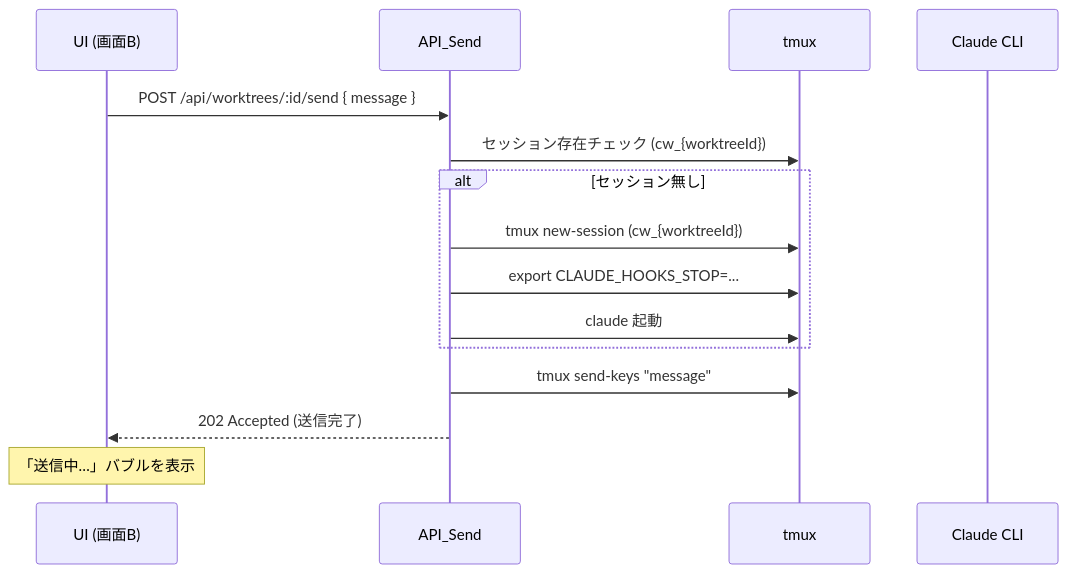
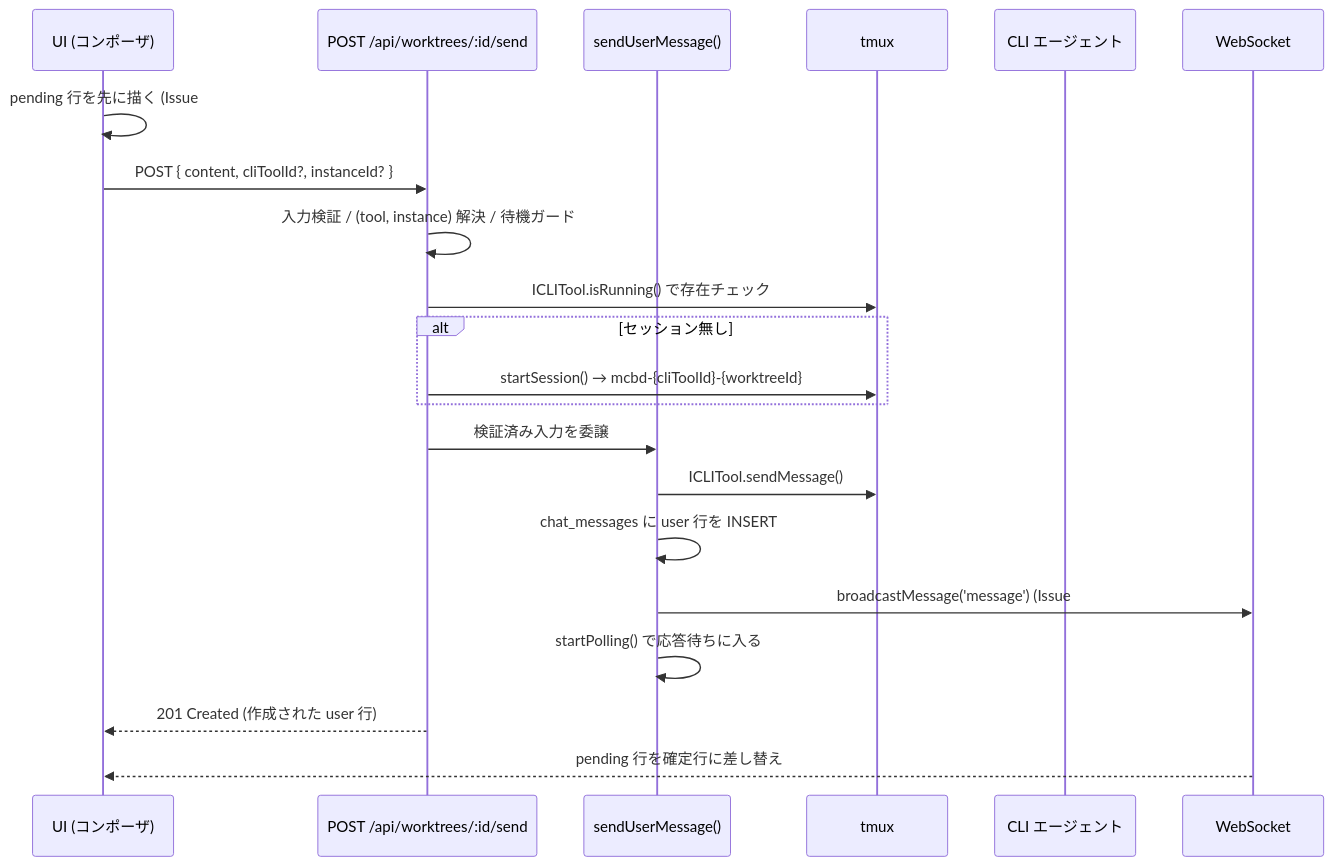
The second of 5 diagrams in docs/architecture.md (Kewton/CommandMate), drawn with Mermaid before and after one commit. The commit also changed other lines of this file and 241 other files, not shown here.

````diff
--- a/docs/architecture.md
+++ b/docs/architecture.md
@@ -229,18 +299,24 @@
 ```mermaid
 sequenceDiagram
-    participant UI as UI (画面B)
-    participant API as API_Send
+    participant UI as UI (コンポーザ)
+    participant API as POST /api/worktrees/:id/send
+    participant SVC as sendUserMessage()
     participant T as tmux
-    participant CL as Claude CLI
+    participant CL as CLI エージェント
+    participant WS as WebSocket
 
-    UI->>API: POST /api/worktrees/:id/send { message }
-    API->>T: セッション存在チェック (cw_{worktreeId})
+    UI->>UI: pending 行を先に描く (Issue #1121)
+    UI->>API: POST { content, cliToolId?, instanceId? }
+    API->>API: 入力検証 / (tool, instance) 解決 / 待機ガード
+    API->>T: ICLITool.isRunning() で存在チェック
     alt セッション無し
-        API->>T: tmux new-session (cw_{worktreeId})
-        API->>T: export CLAUDE_HOOKS_STOP=...
-        API->>T: claude 起動
+        API->>T: startSession() → mcbd-{cliToolId}-{worktreeId}
     end
-    API->>T: tmux send-keys "message"
-    API-->>UI: 202 Accepted (送信完了)
-    Note over UI: 「送信中…」バブルを表示
+    API->>SVC: 検証済み入力を委譲
+    SVC->>T: ICLITool.sendMessage()
+    SVC->>SVC: chat_messages に user 行を INSERT
+    SVC->>WS: broadcastMessage('message') (Issue #2195)
+    SVC->>SVC: startPolling() で応答待ちに入る
+    API-->>UI: 201 Created (作成された user 行)
+    WS-->>UI: pending 行を確定行に差し替え
 ```
````
